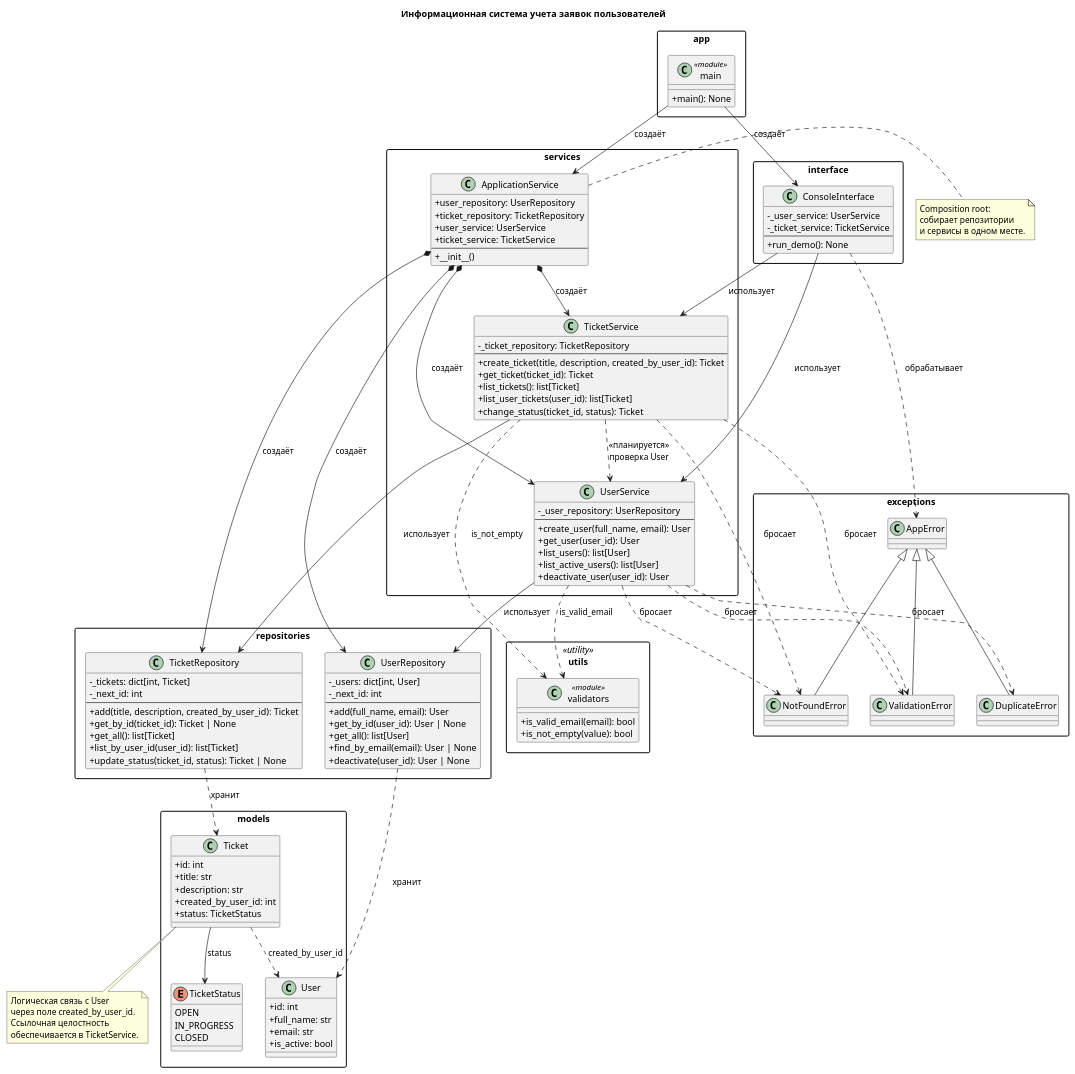
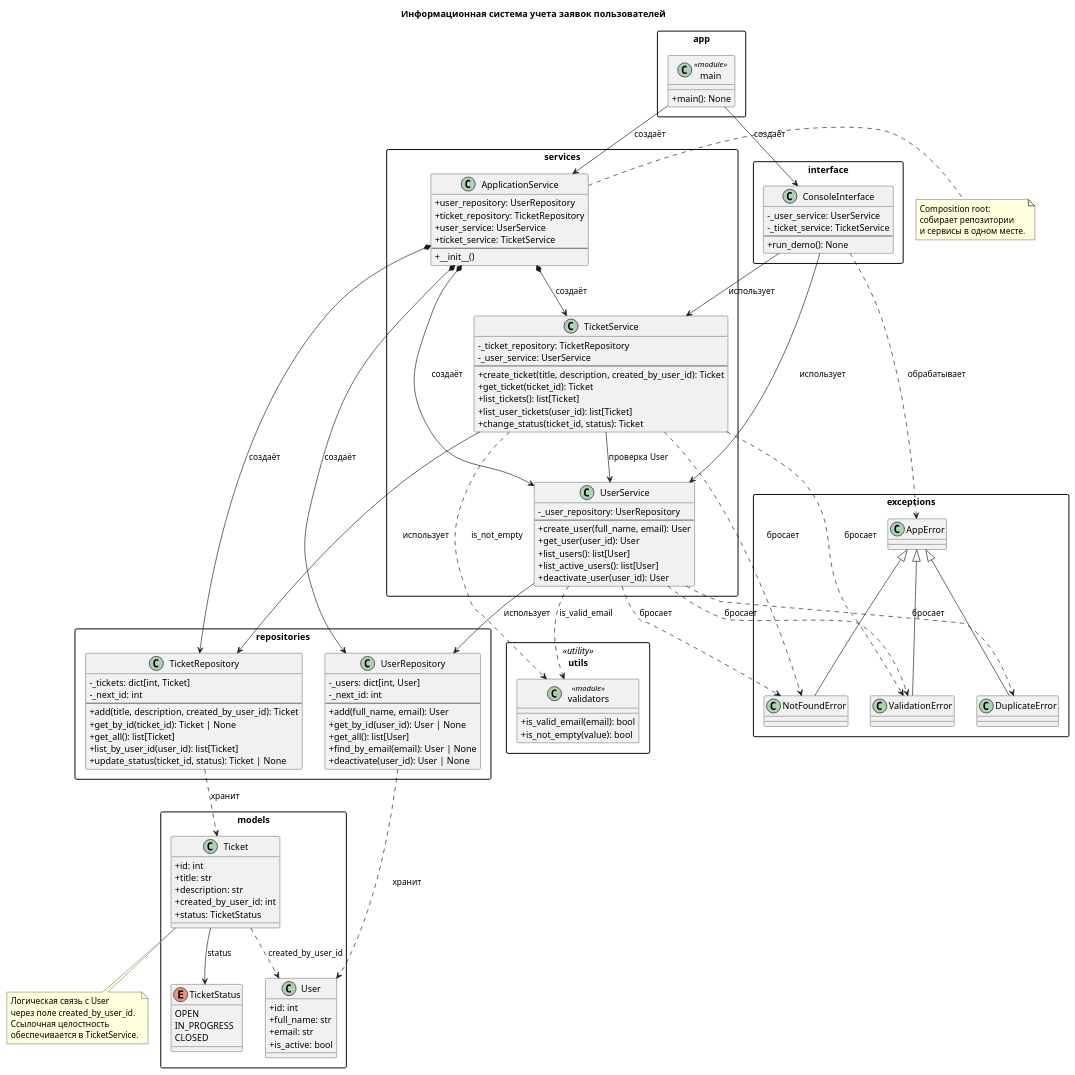
The diagram in requests/docs/uml.puml (Ivan-Zolotarev/ex_1), drawn with PlantUML before and after one commit. The commit also changed 4 other files, not shown here.

```diff
--- a/requests/docs/uml.puml
+++ b/requests/docs/uml.puml
@@ -1,176 +1,175 @@
 @startuml
 title Информационная система учета заявок пользователей
 
 skinparam packageStyle rectangle
 skinparam classAttributeIconSize 0
 
 ' ── Модели данных ──────────────────────────────────────────
 package "models" {
   class User {
     +id: int
     +full_name: str
     +email: str
     +is_active: bool
   }
 
   class Ticket {
     +id: int
     +title: str
     +description: str
     +created_by_user_id: int
     +status: TicketStatus
   }
 
   enum TicketStatus {
     OPEN
     IN_PROGRESS
     CLOSED
   }
 }
 
 ' ── Хранение данных ───────────────────────────────────────
 package "repositories" {
   class UserRepository {
     -_users: dict[int, User]
     -_next_id: int
     --
     +add(full_name, email): User
     +get_by_id(user_id): User | None
     +get_all(): list[User]
     +find_by_email(email): User | None
     +deactivate(user_id): User | None
   }
 
   class TicketRepository {
     -_tickets: dict[int, Ticket]
     -_next_id: int
     --
     +add(title, description, created_by_user_id): Ticket
     +get_by_id(ticket_id): Ticket | None
     +get_all(): list[Ticket]
     +list_by_user_id(user_id): list[Ticket]
     +update_status(ticket_id, status): Ticket | None
   }
 }
 
 ' ── Бизнес-логика ─────────────────────────────────────────
 package "services" {
   class UserService {
     -_user_repository: UserRepository
     --
     +create_user(full_name, email): User
     +get_user(user_id): User
     +list_users(): list[User]
     +list_active_users(): list[User]
     +deactivate_user(user_id): User
   }
 
   class TicketService {
     -_ticket_repository: TicketRepository
+    -_user_service: UserService
     --
     +create_ticket(title, description, created_by_user_id): Ticket
     +get_ticket(ticket_id): Ticket
     +list_tickets(): list[Ticket]
     +list_user_tickets(user_id): list[Ticket]
     +change_status(ticket_id, status): Ticket
   }
 
   class ApplicationService {
     +user_repository: UserRepository
     +ticket_repository: TicketRepository
     +user_service: UserService
     +ticket_service: TicketService
     --
     +__init__()
   }
 }
 
 ' ── Пользовательский интерфейс ────────────────────────────
 package "interface" {
   class ConsoleInterface {
     -_user_service: UserService
     -_ticket_service: TicketService
     --
     +run_demo(): None
   }
 }
 
 ' ── Исключения ────────────────────────────────────────────
 package "exceptions" {
   class AppError {
   }
   class ValidationError {
   }
   class NotFoundError {
   }
   class DuplicateError {
   }
 
   AppError <|-- ValidationError
   AppError <|-- NotFoundError
   AppError <|-- DuplicateError
 }
 
 ' ── Утилиты ───────────────────────────────────────────────
 package "utils" <<utility>> {
   class validators <<module>> {
     +is_valid_email(email): bool
     +is_not_empty(value): bool
   }
 }
 
 ' ── Точка входа ───────────────────────────────────────────
 package "app" {
   class main <<module>> {
     +main(): None
   }
 }
 
 ' ── Связи между слоями ────────────────────────────────────
 main --> ApplicationService : создаёт
 main --> ConsoleInterface : создаёт
 
 ApplicationService *--> UserRepository : создаёт
 ApplicationService *--> TicketRepository : создаёт
 ApplicationService *--> UserService : создаёт
 ApplicationService *--> TicketService : создаёт
 
 ConsoleInterface --> UserService : использует
 ConsoleInterface --> TicketService : использует
 ConsoleInterface ..> AppError : обрабатывает
 
 UserService --> UserRepository : использует
 TicketService --> TicketRepository : использует
+TicketService --> UserService : проверка User
 
 UserService ..> validators : is_valid_email
 TicketService ..> validators : is_not_empty
 
 UserService ..> ValidationError : бросает
 UserService ..> NotFoundError : бросает
 UserService ..> DuplicateError : бросает
 TicketService ..> ValidationError : бросает
 TicketService ..> NotFoundError : бросает
 
 UserRepository ..> User : хранит
 TicketRepository ..> Ticket : хранит
 
 Ticket --> TicketStatus : status
 Ticket ..> User : created_by_user_id
 
-' ── Планируемая интеграция модулей ────────────────────────
-TicketService ..> UserService : <<планируется>>\nпроверка User
-
 note right of ApplicationService
   Composition root:
   собирает репозитории
   и сервисы в одном месте.
 end note
 
 note bottom of Ticket
   Логическая связь с User
   через поле created_by_user_id.
   Ссылочная целостность
   обеспечивается в TicketService.
 end note
 
 @enduml
```
